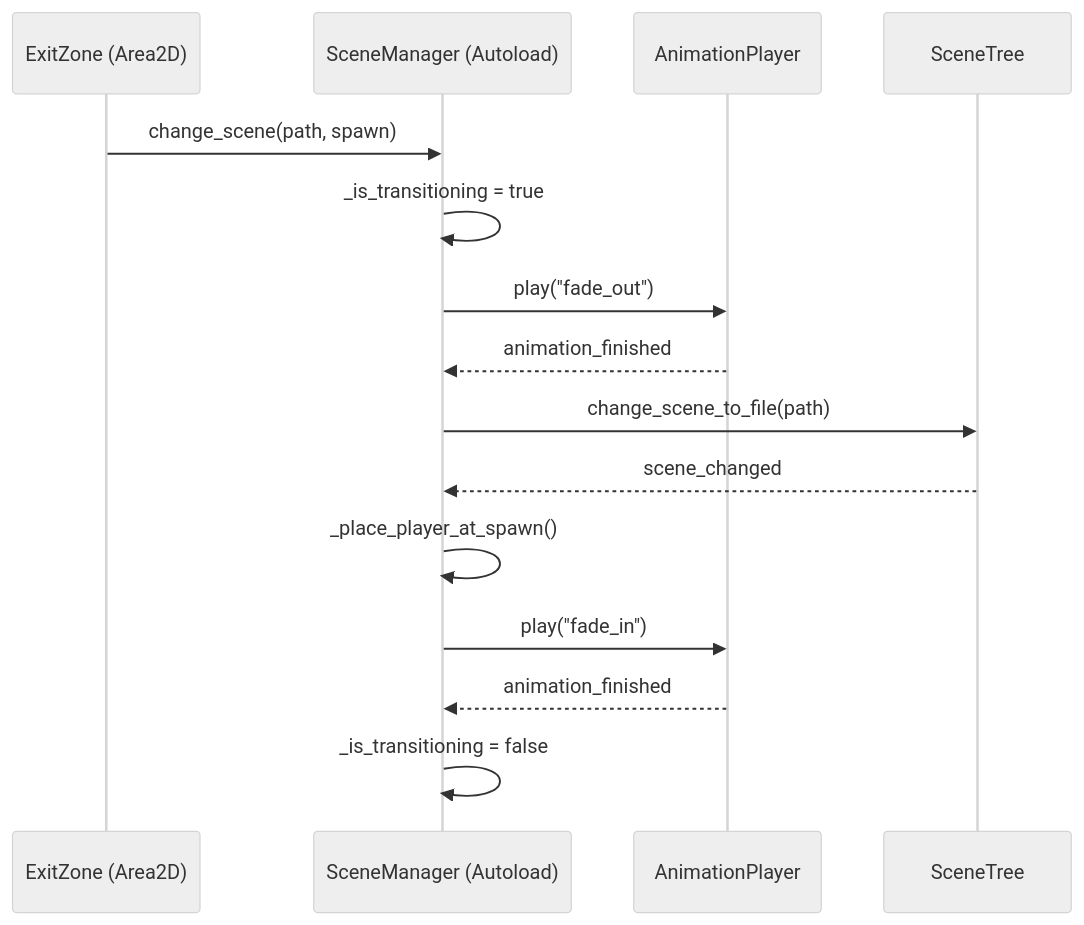
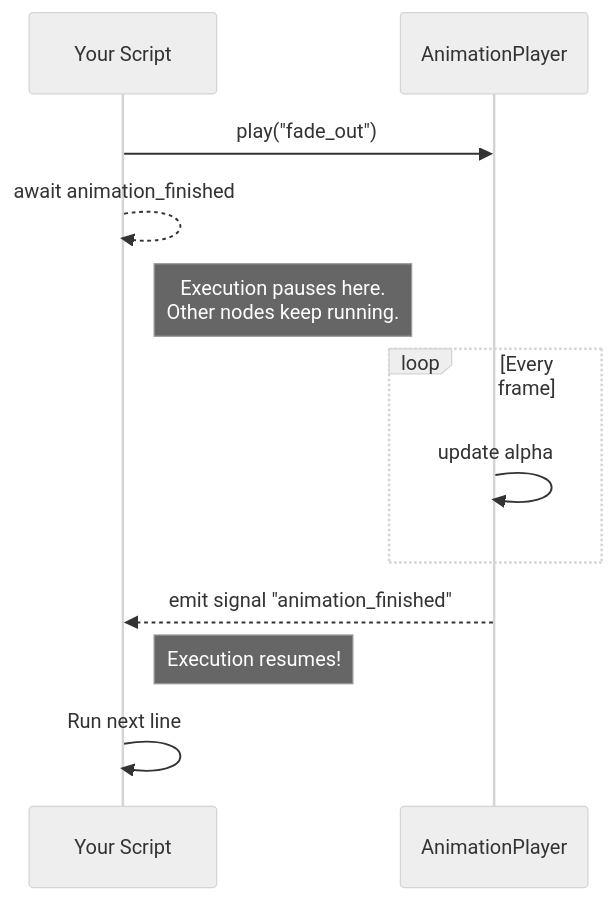
One commit to Jorge-D-Robles/gemini-fantasy changed diagram 13 of 50 in tutorial/diagrams.md. Above: the diagram before and after it, drawn with Mermaid (neutral theme). The commit also changed other lines of this file and 24 other files, not shown here.

Commit message:
Refine tutorial Mermaid diagrams

````diff
--- a/tutorial/diagrams.md
+++ b/tutorial/diagrams.md
@@ -253,18 +291,17 @@
 ```mermaid
 sequenceDiagram
-    participant EZ as ExitZone (Area2D)
-    participant SM as SceneManager (Autoload)
+    participant Code as Your Script
     participant Anim as AnimationPlayer
-    participant Tree as SceneTree
 
-    EZ->>SM: change_scene(path, spawn)
-    SM->>SM: _is_transitioning = true
-    SM->>Anim: play("fade_out")
-    Anim-->>SM: animation_finished
-    SM->>Tree: change_scene_to_file(path)
-    Tree-->>SM: scene_changed
-    SM->>SM: _place_player_at_spawn()
-    SM->>Anim: play("fade_in")
-    Anim-->>SM: animation_finished
-    SM->>SM: _is_transitioning = false
+    Code->>Anim: play("fade_out")
+    Code-->>Code: await animation_finished
+    Note right of Code: Execution pauses here.<br/>Other nodes keep running.
+
+    loop Every frame
+        Anim->>Anim: update alpha
+    end
+
+    Anim-->>Code: emit signal "animation_finished"
+    Note right of Code: Execution resumes!
+    Code->>Code: Run next line
 ```
````
